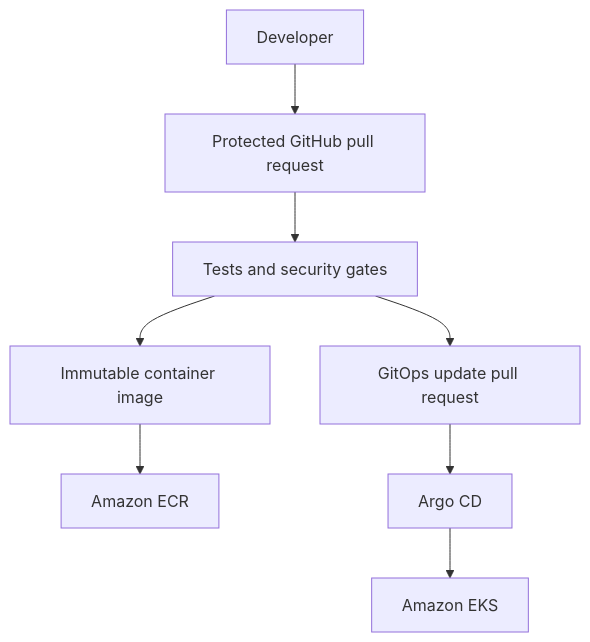
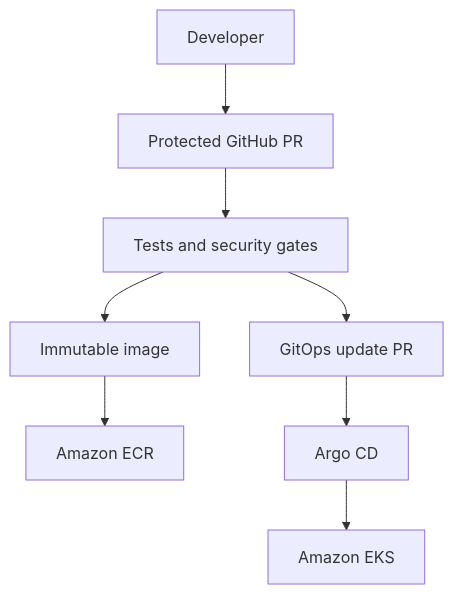
One commit to SamehYahia/ai-job-platform changed the second of 2 diagrams in README.md. Above: the diagram before and after it, drawn with Mermaid. The commit also changed other lines of this file, not shown here.

Commit message:
docs: update project architecture and status

````diff
--- a/README.md
+++ b/README.md
@@ -49,10 +221,10 @@
 ```mermaid
 flowchart TB
-    DEV["Developer"] --> PR["Protected GitHub pull request"]
+    DEV["Developer"] --> PR["Protected GitHub PR"]
     PR --> CI["Tests and security gates"]
-    CI --> IMAGE["Immutable container image"]
+    CI --> IMAGE["Immutable image"]
     IMAGE --> ECR["Amazon ECR"]
-    CI --> GITOPS["GitOps update pull request"]
+    CI --> GITOPS["GitOps update PR"]
     GITOPS --> ARGO["Argo CD"]
     ARGO --> EKS["Amazon EKS"]
 ```
````
